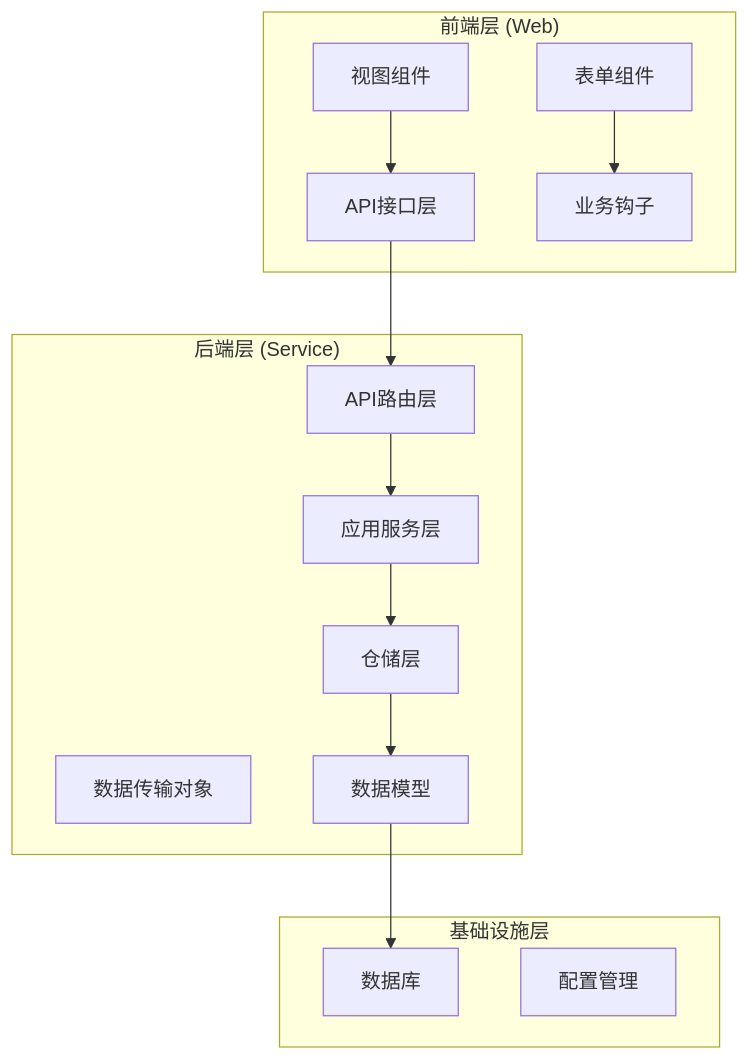
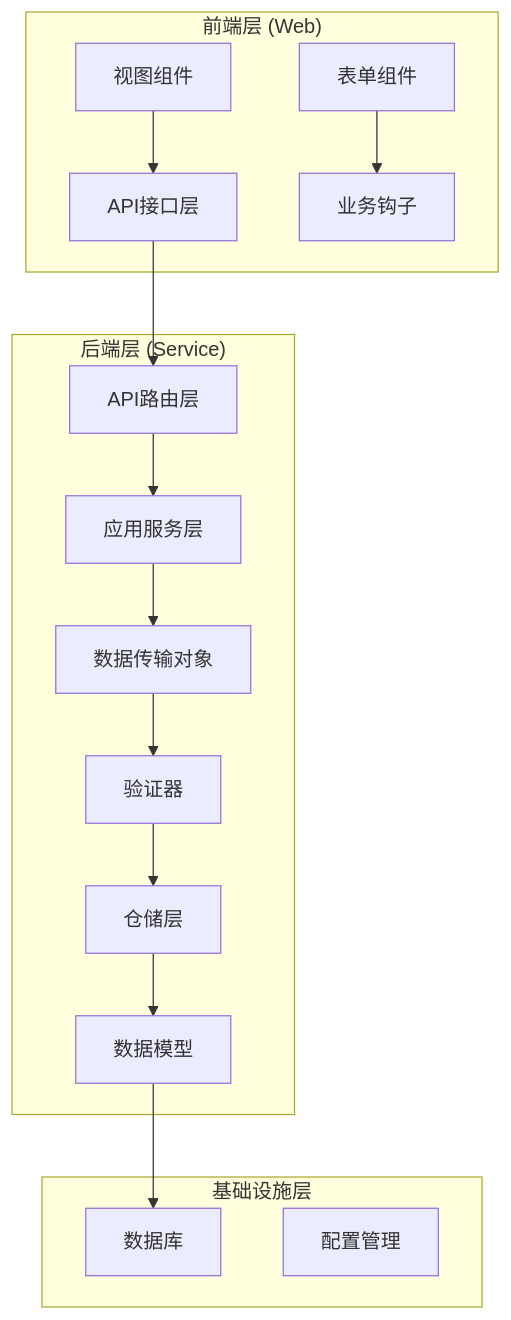
One commit to taoweidong/Hello-FastApi changed the first of 6 diagrams in .qoder/repowiki/zh/content/Department Management.md. Above: the diagram before and after it, drawn with Mermaid. The commit also changed other lines of this file and 71 other files, not shown here.

````diff
--- a/.qoder/repowiki/zh/content/Department Management.md
+++ b/.qoder/repowiki/zh/content/Department Management.md
@@ -41,27 +51,30 @@
 ```mermaid
 graph TB
 subgraph "前端层 (Web)"
 FE_API[API接口层]
 FE_VIEW[视图组件]
 FE_FORM[表单组件]
 FE_HOOK[业务钩子]
 end
 subgraph "后端层 (Service)"
 API_ROUTER[API路由层]
 SERVICE[应用服务层]
 DTO[数据传输对象]
+VALIDATORS[验证器]
 REPO[仓储层]
 MODEL[数据模型]
 end
 subgraph "基础设施层"
 DATABASE[数据库]
 CONFIG[配置管理]
 end
 FE_API --> API_ROUTER
 FE_VIEW --> FE_API
 FE_FORM --> FE_HOOK
 API_ROUTER --> SERVICE
-SERVICE --> REPO
+SERVICE --> DTO
+DTO --> VALIDATORS
+VALIDATORS --> REPO
 REPO --> MODEL
 MODEL --> DATABASE
 ```
````
